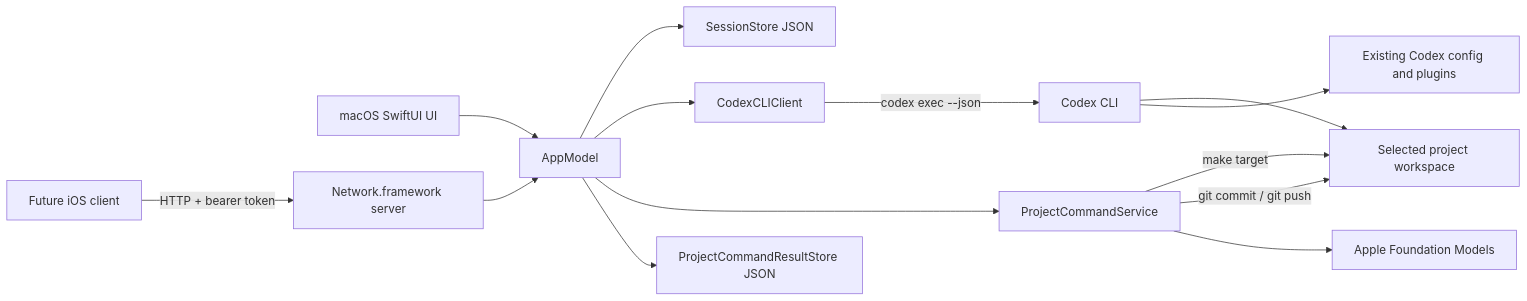
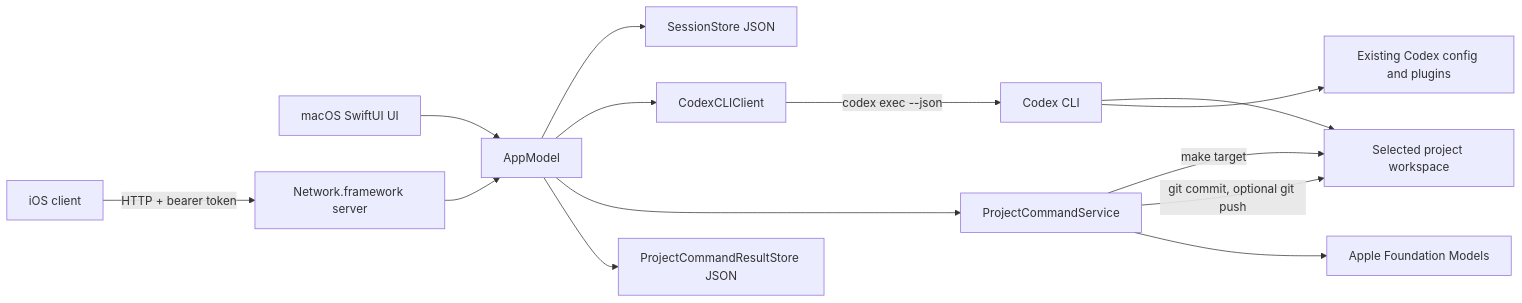
Before and after one commit to chase-seibert/remote-agent: the diagram in docs/macOS/architecture.md, drawn with Mermaid. The commit also changed other lines of this file and 26 other files, not shown here.

````diff
--- a/docs/macOS/architecture.md
+++ b/docs/macOS/architecture.md
@@ -5,16 +5,16 @@
 ```mermaid
 flowchart LR
     U["macOS SwiftUI UI"] --> M["AppModel"]
-    I["Future iOS client"] -->|"HTTP + bearer token"| H["Network.framework server"]
+    I["iOS client"] -->|"HTTP + bearer token"| H["Network.framework server"]
     H --> M
     M --> P["SessionStore JSON"]
     M --> C["CodexCLIClient"]
     C -->|"codex exec --json"| X["Codex CLI"]
     X --> W["Selected project workspace"]
     X --> G["Existing Codex config and plugins"]
     M --> R["ProjectCommandService"]
     R -->|"make target"| W
-    R -->|"git commit / git push"| W
+    R -->|"git commit, optional git push"| W
     R --> F["Apple Foundation Models"]
     M --> Q["ProjectCommandResultStore JSON"]
 ```
````
